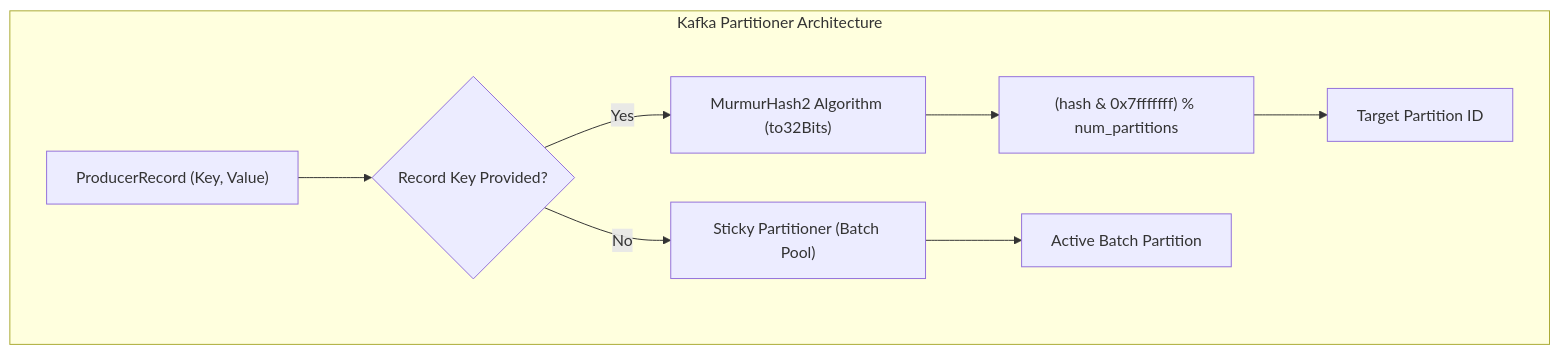
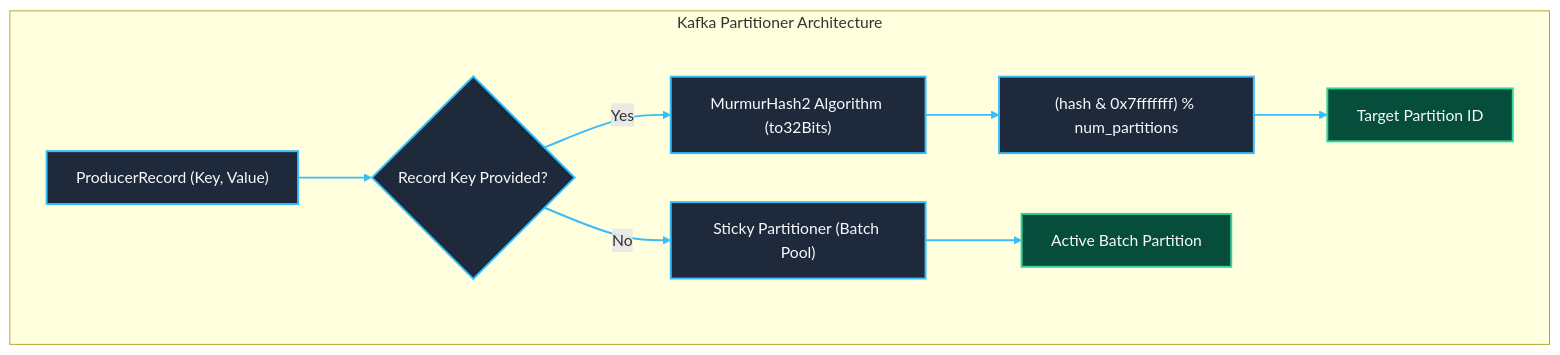
The ninth of 18 diagrams in docs/configDoc/kafka-configuration-guide.md (Chief-Strategist-J/llm-obs-infra), drawn with Mermaid before and after one commit. The commit also changed other lines of this file, not shown here.

Commit message:
docs(kafka): reorder component sections to Code -> HLD -> LLD -> Parameters and apply custom color styling to all Mermaid diagrams

````diff
--- a/docs/configDoc/kafka-configuration-guide.md
+++ b/docs/configDoc/kafka-configuration-guide.md
@@ -853,12 +1020,22 @@
 ```mermaid
 graph TD
     subgraph PartitionerEngine ["Kafka Partitioner Architecture"]
         Record["ProducerRecord (Key, Value)"] --> CheckKey{"Record Key Provided?"}
         CheckKey -- Yes --> MurmurHash["MurmurHash2 Algorithm (to32Bits)"]
         MurmurHash --> ModuloOp["(hash & 0x7fffffff) % num_partitions"]
         ModuloOp --> TargetPartition["Target Partition ID"]
 
         CheckKey -- No --> StickyPartitioner["Sticky Partitioner (Batch Pool)"]
         StickyPartitioner --> CurrentBatchPartition["Active Batch Partition"]
     end
+
+    style Record fill:#1e293b,stroke:#38bdf8,stroke-width:2px,color:#f8fafc
+    style CheckKey fill:#1e293b,stroke:#38bdf8,stroke-width:2px,color:#f8fafc
+    style MurmurHash fill:#1e293b,stroke:#38bdf8,stroke-width:2px,color:#f8fafc
+    style ModuloOp fill:#1e293b,stroke:#38bdf8,stroke-width:2px,color:#f8fafc
+    style TargetPartition fill:#064e3b,stroke:#34d399,stroke-width:2px,color:#f8fafc
+    style StickyPartitioner fill:#1e293b,stroke:#38bdf8,stroke-width:2px,color:#f8fafc
+    style CurrentBatchPartition fill:#064e3b,stroke:#34d399,stroke-width:2px,color:#f8fafc
+
+    linkStyle 0,1,2,3,4,5 stroke:#38bdf8,stroke-width:2px;
 ```
````
